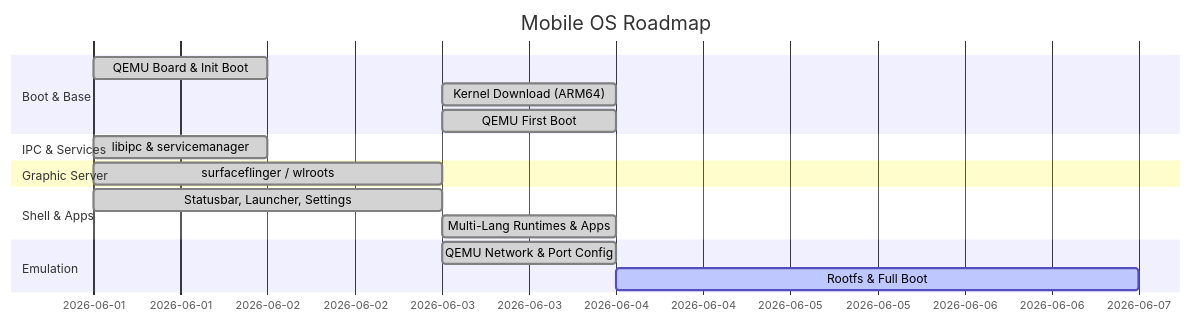
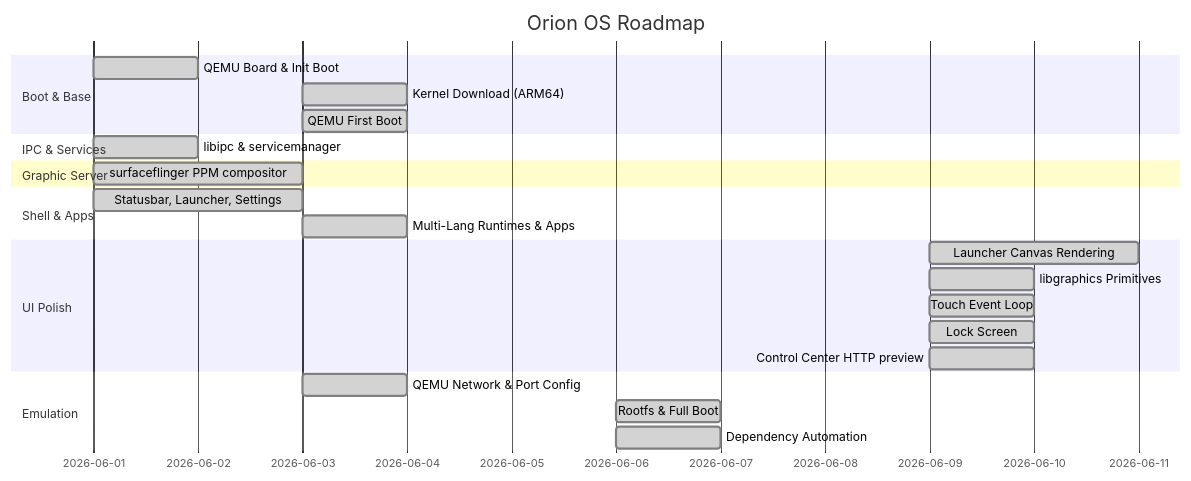
The diagram in progress.md (mc-simon-cd/mobil_os), drawn with Mermaid before and after one commit. The commit also changed other lines of this file and 115 other files, not shown here.

````diff
--- a/progress.md
+++ b/progress.md
@@ -9,19 +9,26 @@
 ```mermaid
 gantt
-    title Mobile OS Roadmap
+    title Orion OS Roadmap
     dateFormat  YYYY-MM-DD
     section Boot & Base
     QEMU Board & Init Boot        :done, 2026-06-01, 1d
     Kernel Download (ARM64)       :done, 2026-06-03, 1d
     QEMU First Boot               :done, 2026-06-03, 1d
     section IPC & Services
     libipc & servicemanager       :done, 2026-06-01, 1d
     section Graphic Server
-    surfaceflinger / wlroots     :done, 2026-06-01, 2d
+    surfaceflinger PPM compositor :done, 2026-06-01, 2d
     section Shell & Apps
     Statusbar, Launcher, Settings :done, 2026-06-01, 2d
     Multi-Lang Runtimes & Apps    :done, 2026-06-03, 1d
+    section UI Polish
+    Launcher Canvas Rendering     :done, 2026-06-09, 2d
+    libgraphics Primitives        :done, 2026-06-09, 1d
+    Touch Event Loop              :done, 2026-06-09, 1d
+    Lock Screen                   :done, 2026-06-09, 1d
+    Control Center HTTP preview   :done, 2026-06-09, 1d
     section Emulation
     QEMU Network & Port Config    :done, 2026-06-03, 1d
-    Rootfs & Full Boot            :active, 2026-06-04, 3d
+    Rootfs & Full Boot            :done, 2026-06-06, 1d
+    Dependency Automation         :done, 2026-06-06, 1d
 ```
````
